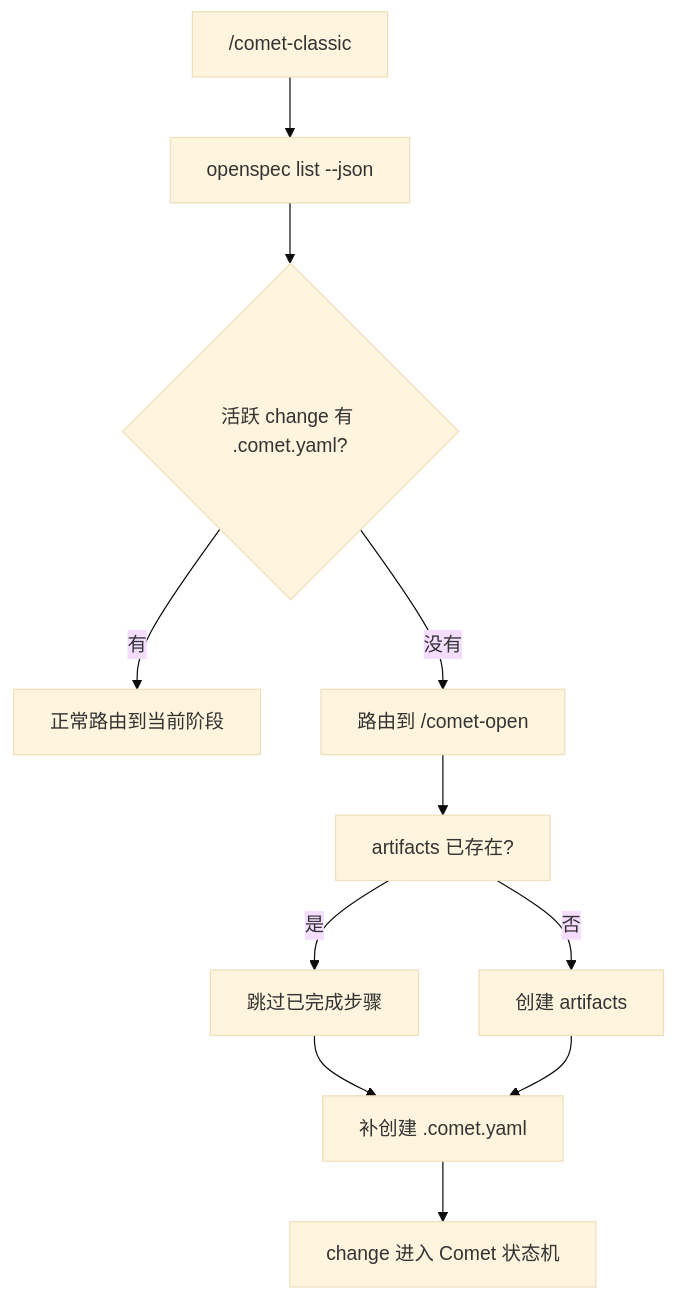
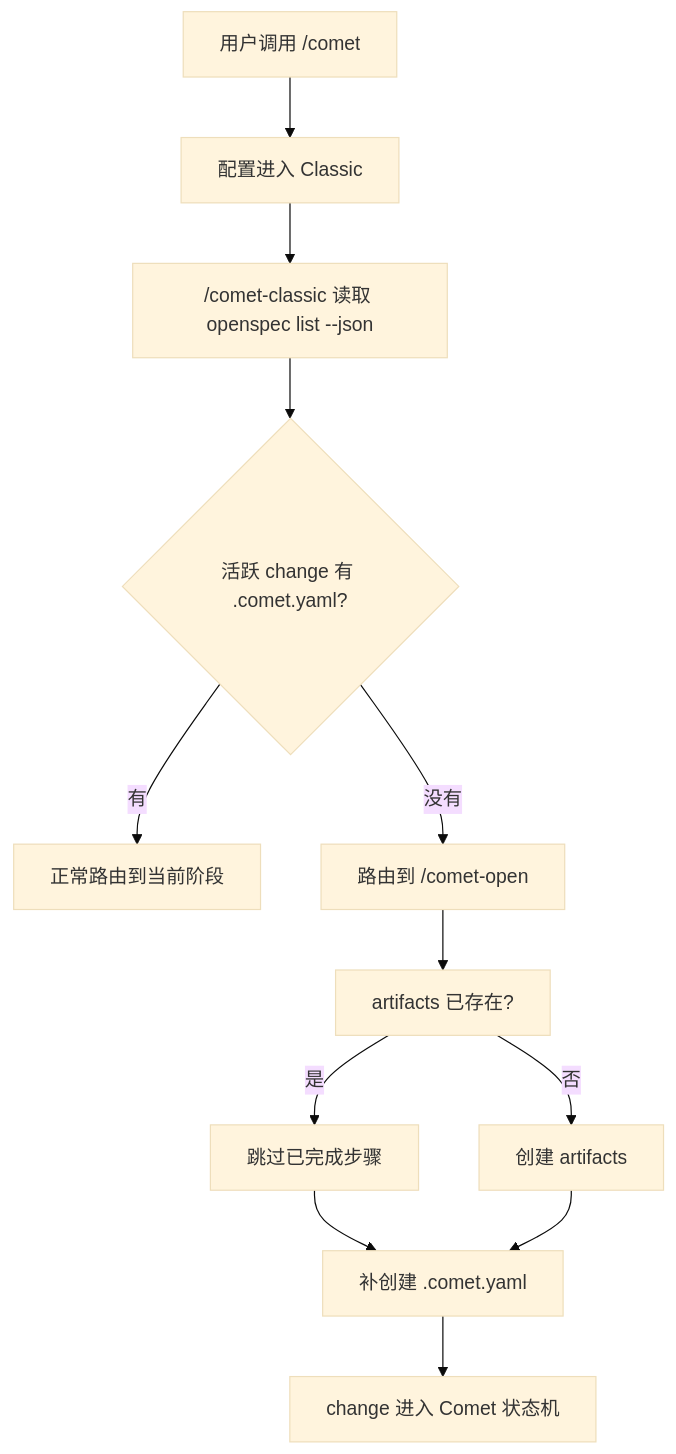
Before and after one commit to rpamis/comet-website-docs: the second of 2 diagrams in zh/guides/existing-project.mdx, drawn with Mermaid (base theme). The commit also changed other lines of this file and 85 other files, not shown here.

````diff
--- a/zh/guides/existing-project.mdx
+++ b/zh/guides/existing-project.mdx
@@ -133,13 +140,14 @@
 ```mermaid
 flowchart TD
-  A["/comet-classic"] --> B["openspec list --json"]
-  B --> C{"活跃 change 有 .comet.yaml?"}
-  C -->|有| D["正常路由到当前阶段"]
-  C -->|没有| E["路由到 /comet-open"]
-  E --> F["artifacts 已存在?"]
-  F -->|是| G["跳过已完成步骤"]
-  F -->|否| H["创建 artifacts"]
-  G --> I["补创建 .comet.yaml"]
-  H --> I
-  I --> J["change 进入 Comet 状态机"]
+  A["用户调用 /comet"] --> B["配置进入 Classic"]
+  B --> C["/comet-classic 读取 openspec list --json"]
+  C --> D{"活跃 change 有 .comet.yaml?"}
+  D -->|有| E["正常路由到当前阶段"]
+  D -->|没有| F["路由到 /comet-open"]
+  F --> G["artifacts 已存在?"]
+  G -->|是| H["跳过已完成步骤"]
+  G -->|否| I["创建 artifacts"]
+  H --> J["补创建 .comet.yaml"]
+  I --> J
+  J --> K["change 进入 Comet 状态机"]
 ```
````
